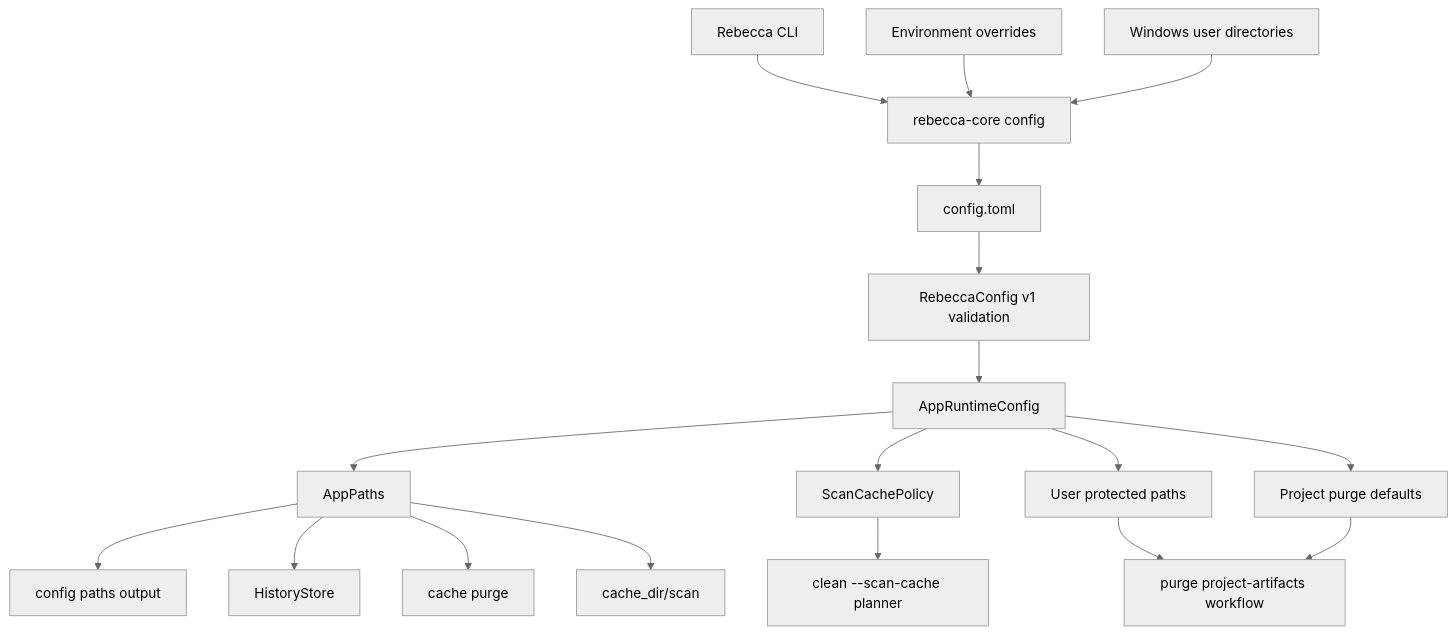
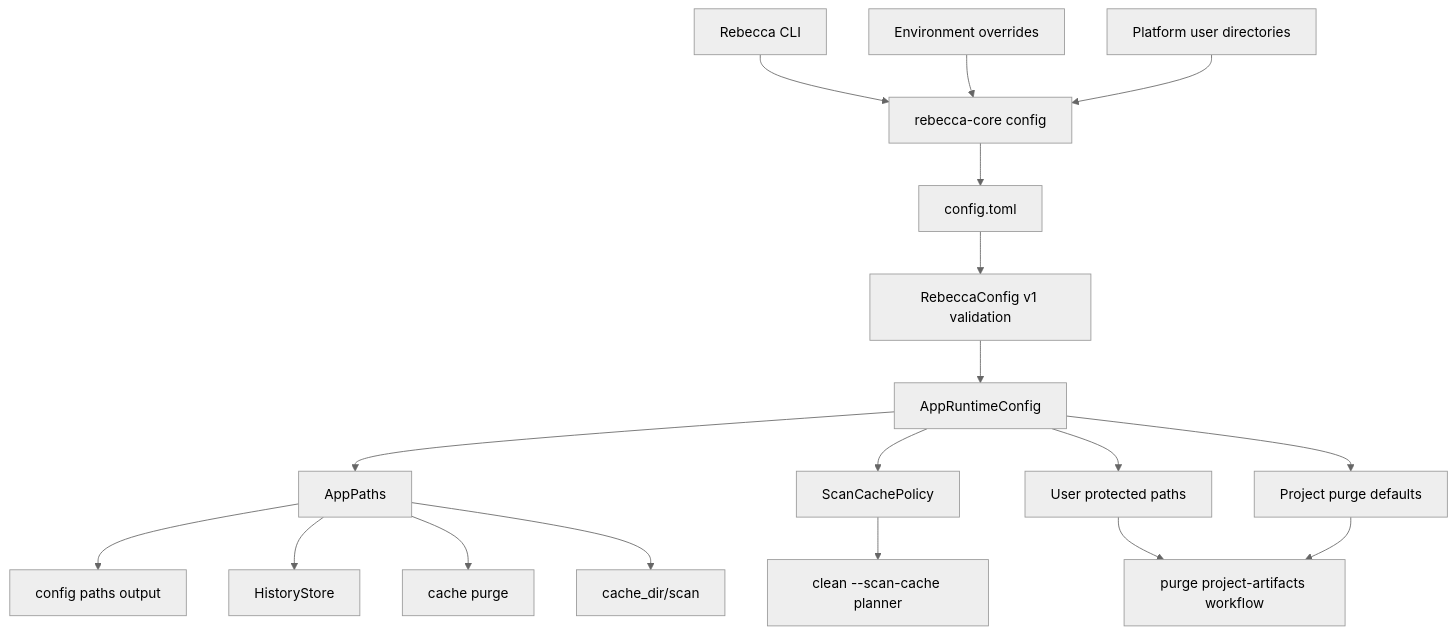
Before and after one commit to Latias94/rebecca: the diagram in docs/configuration.md, drawn with Mermaid (neutral theme). The commit also changed other lines of this file and 8 other files, not shown here.

````diff
--- a/docs/configuration.md
+++ b/docs/configuration.md
@@ -28,20 +28,20 @@
 ```mermaid
 flowchart TD
   CLI[Rebecca CLI] --> CoreConfig[rebecca-core config]
   Env[Environment overrides] --> CoreConfig
-  Defaults[Windows user directories] --> CoreConfig
+  Defaults[Platform user directories] --> CoreConfig
   CoreConfig --> ConfigFile[config.toml]
   ConfigFile --> Schema[RebeccaConfig v1 validation]
   Schema --> Runtime[AppRuntimeConfig]
   Runtime --> Paths[AppPaths]
   Runtime --> ScanPolicy[ScanCachePolicy]
   Runtime --> Protection[User protected paths]
   Runtime --> PurgeDefaults[Project purge defaults]
   Paths --> ConfigPaths[config paths output]
   Paths --> History[HistoryStore]
   Paths --> CachePurge[cache purge]
   Paths --> ScanCache[cache_dir/scan]
   ScanPolicy --> Planner[clean --scan-cache planner]
   Protection --> ProjectPurge[purge project-artifacts workflow]
   PurgeDefaults --> ProjectPurge
 ```
````
